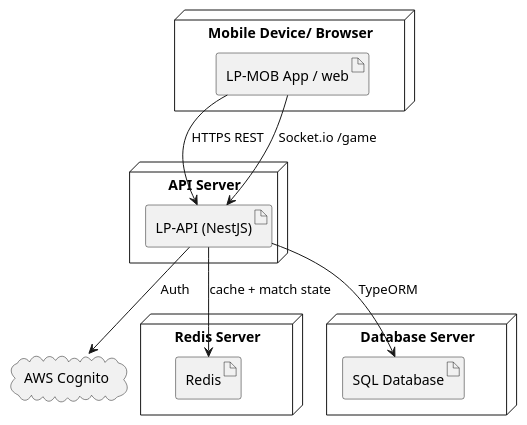
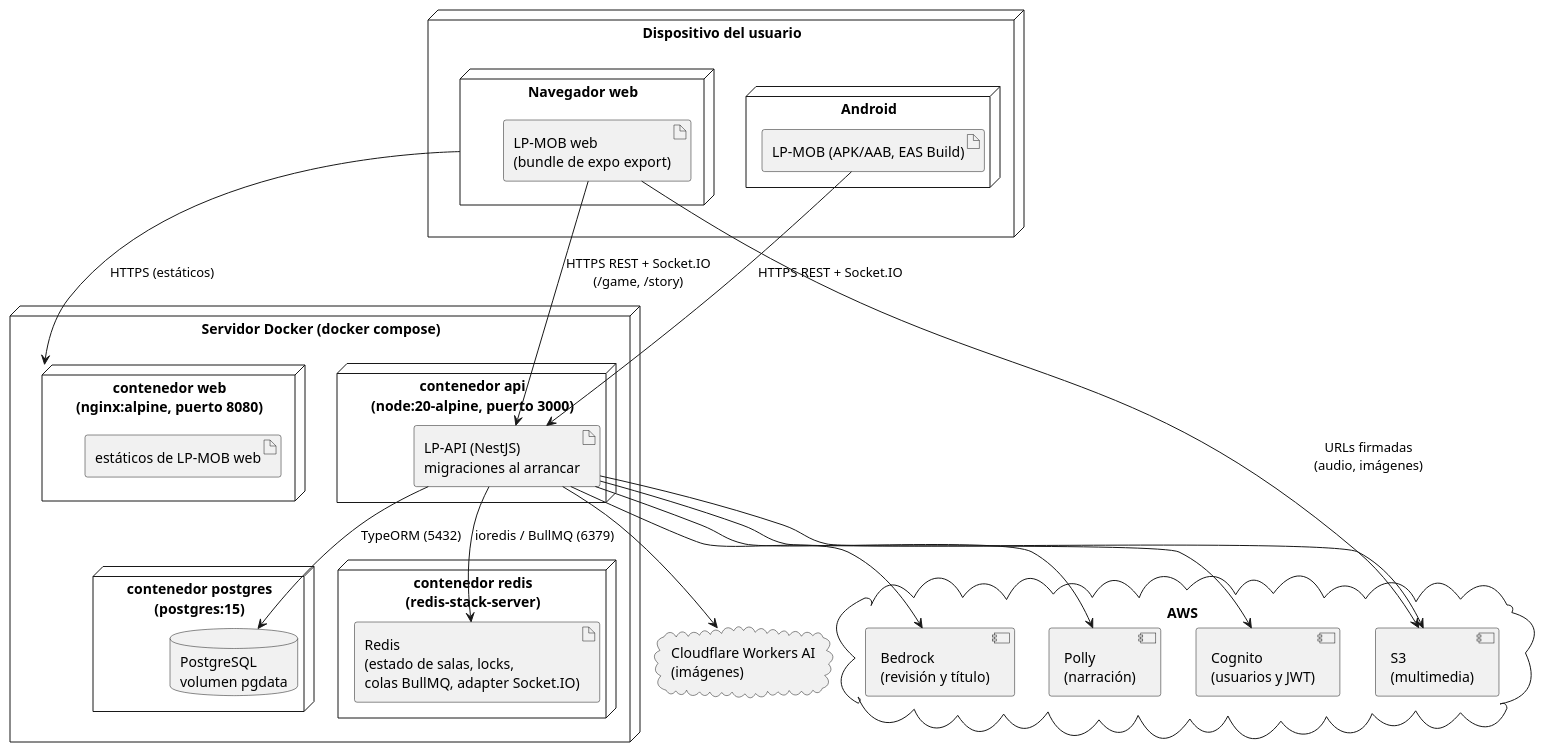
Before and after one commit to smyleface18/LinguaPlay: the diagram in docs/diagrams/deployment-diagram.puml, drawn with PlantUML. The commit also changed 24 other files, not shown here.

First line of the commit message:
docs(diagrams): update UML diagrams to the current code and export PNG

```diff
--- a/docs/diagrams/deployment-diagram.puml
+++ b/docs/diagrams/deployment-diagram.puml
@@ -1,28 +1,50 @@
 @startuml
+' Despliegue de LinguaPlay con deploy/docker-compose.prod.yml.
+' Los servicios externos (AWS y Cloudflare) se configuran por variables de entorno.
 skinparam nodeStyle rectangle
 
-node "Mobile Device/ Browser" as Device {
-  artifact "LP-MOB App / web" as Frontend
+node "Dispositivo del usuario" as Device {
+  node "Navegador web" as Browser {
+    artifact "LP-MOB web\n(bundle de expo export)" as WebApp
+  }
+  node "Android" as Android {
+    artifact "LP-MOB (APK/AAB, EAS Build)" as AndroidApp
+  }
 }
 
-node "API Server" as ApiServer {
-  artifact "LP-API (NestJS)" as Api
+node "Servidor Docker (docker compose)" as Host {
+  node "contenedor web\n(nginx:alpine, puerto 8080)" as WebNode {
+    artifact "estáticos de LP-MOB web" as Static
+  }
+  node "contenedor api\n(node:20-alpine, puerto 3000)" as ApiNode {
+    artifact "LP-API (NestJS)\nmigraciones al arrancar" as Api
+  }
+  node "contenedor postgres\n(postgres:15)" as PgNode {
+    database "PostgreSQL\nvolumen pgdata" as DB
+  }
+  node "contenedor redis\n(redis-stack-server)" as RedisNode {
+    artifact "Redis\n(estado de salas, locks,\ncolas BullMQ, adapter Socket.IO)" as Redis
+  }
 }
 
-node "Redis Server" as RedisNode {
-  artifact "Redis" as Redis
+cloud "AWS" {
+  [Cognito\n(usuarios y JWT)] as Cognito
+  [S3\n(multimedia)] as S3
+  [Bedrock\n(revisión y título)] as Bedrock
+  [Polly\n(narración)] as Polly
 }
+cloud "Cloudflare Workers AI\n(imágenes)" as CF
 
-node "Database Server" as DbNode {
-  artifact "SQL Database" as DB
-}
-
-cloud "AWS Cognito" as Cognito
-
-Frontend --> Api : HTTPS REST
-Frontend --> Api : Socket.io /game
-Api --> Redis : cache + match state
-Api --> DB : TypeORM
-Api --> Cognito : Auth
+Browser --> WebNode : HTTPS (estáticos)
+WebApp --> Api : HTTPS REST + Socket.IO\n(/game, /story)
+AndroidApp --> Api : HTTPS REST + Socket.IO
+Api --> DB : TypeORM (5432)
+Api --> Redis : ioredis / BullMQ (6379)
+Api --> Cognito
+Api --> S3
+Api --> Bedrock
+Api --> Polly
+Api --> CF
+WebApp --> S3 : URLs firmadas\n(audio, imágenes)
 
 @enduml
```
